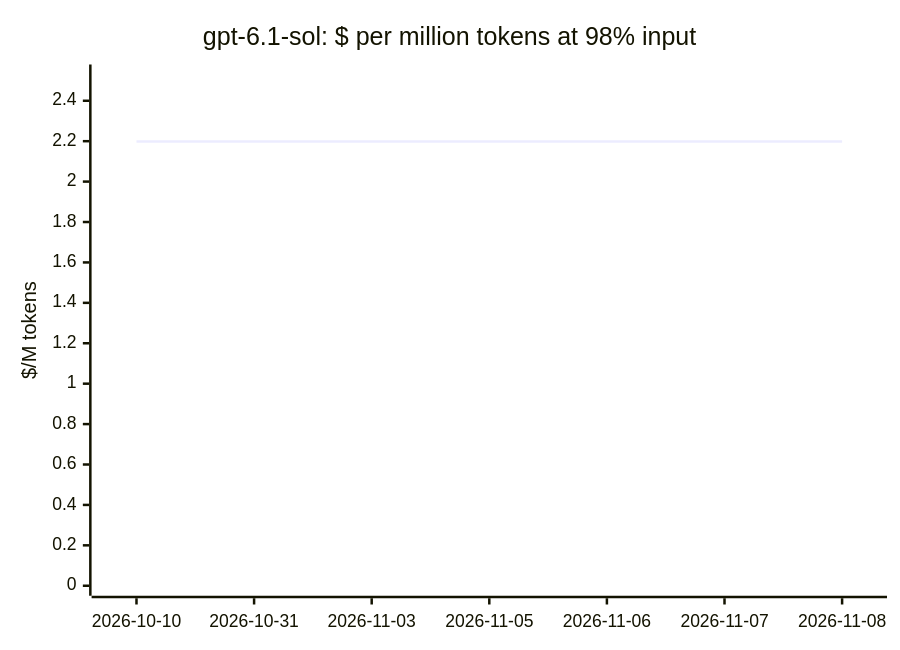
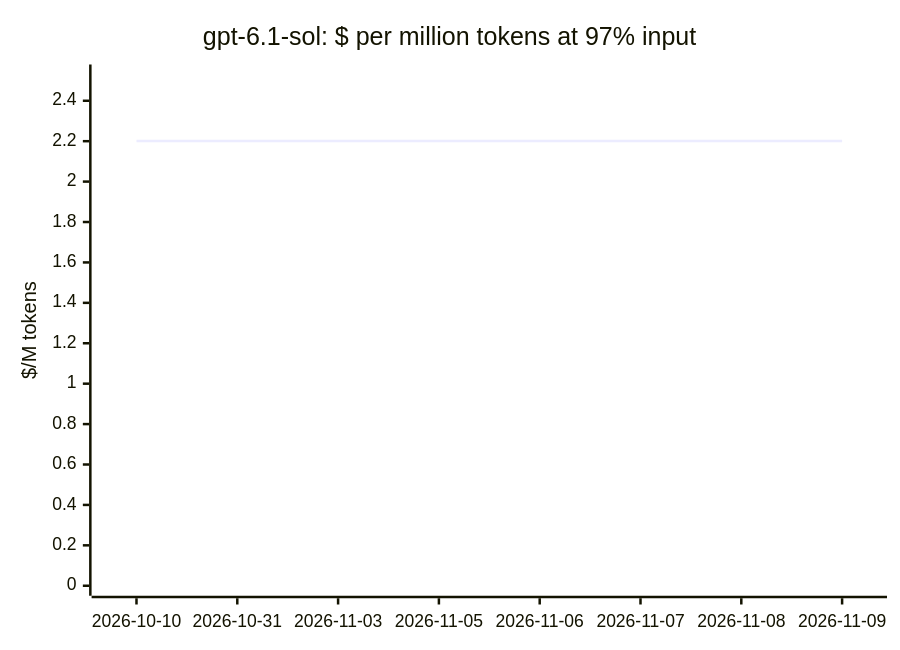
Diagram 13 of 20 in docs/openrouter-models.md (cklukas/OMEGA_TRANSFORM), drawn with Mermaid before and after one commit. The commit also changed other lines of this file and 47 other files, not shown here.

````diff
--- a/docs/openrouter-models.md
+++ b/docs/openrouter-models.md
@@ -250,7 +250,7 @@
 ```mermaid
 xychart-beta
-    title "gpt-6.1-sol: $ per million tokens at 98% input"
-    x-axis ["2026-10-10", "2026-10-31", "2026-11-03", "2026-11-05", "2026-11-06", "2026-11-07", "2026-11-08"]
+    title "gpt-6.1-sol: $ per million tokens at 97% input"
+    x-axis ["2026-10-10", "2026-10-31", "2026-11-03", "2026-11-05", "2026-11-06", "2026-11-07", "2026-11-08", "2026-11-09"]
     y-axis "$/M tokens" 0 --> 2.53
-    line [2.199, 2.199, 2.199, 2.199, 2.199, 2.199, 2.199]
+    line [2.201, 2.201, 2.201, 2.201, 2.201, 2.201, 2.201, 2.201]
 ```
````
